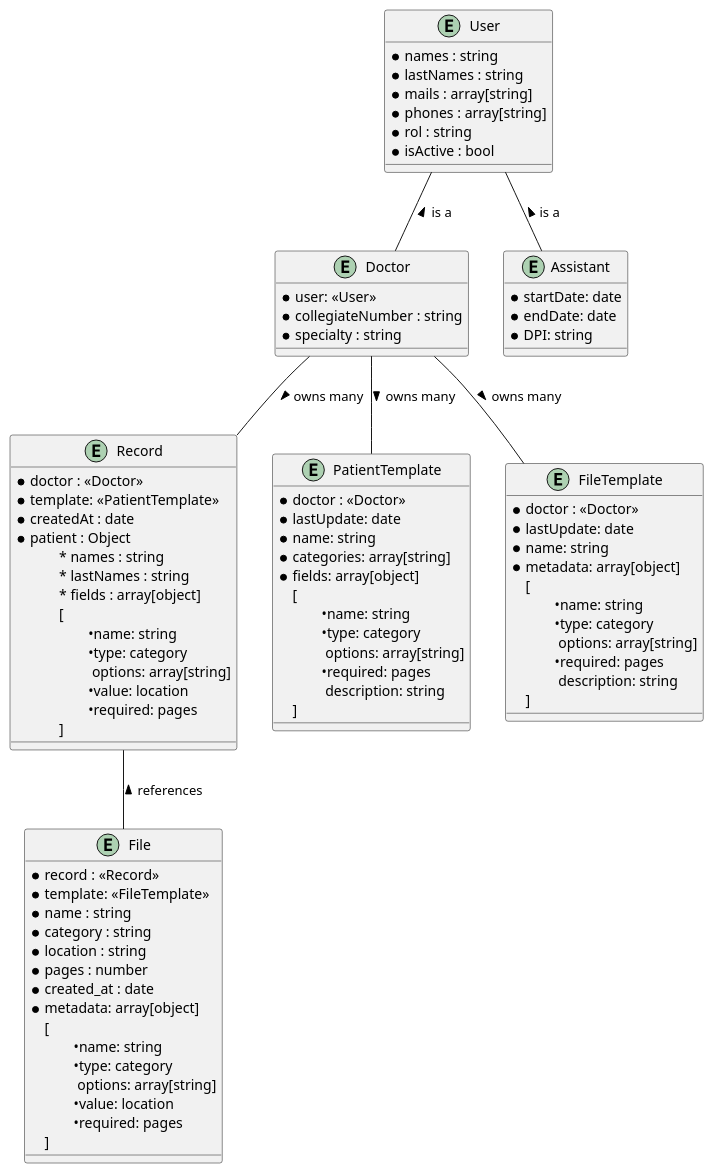
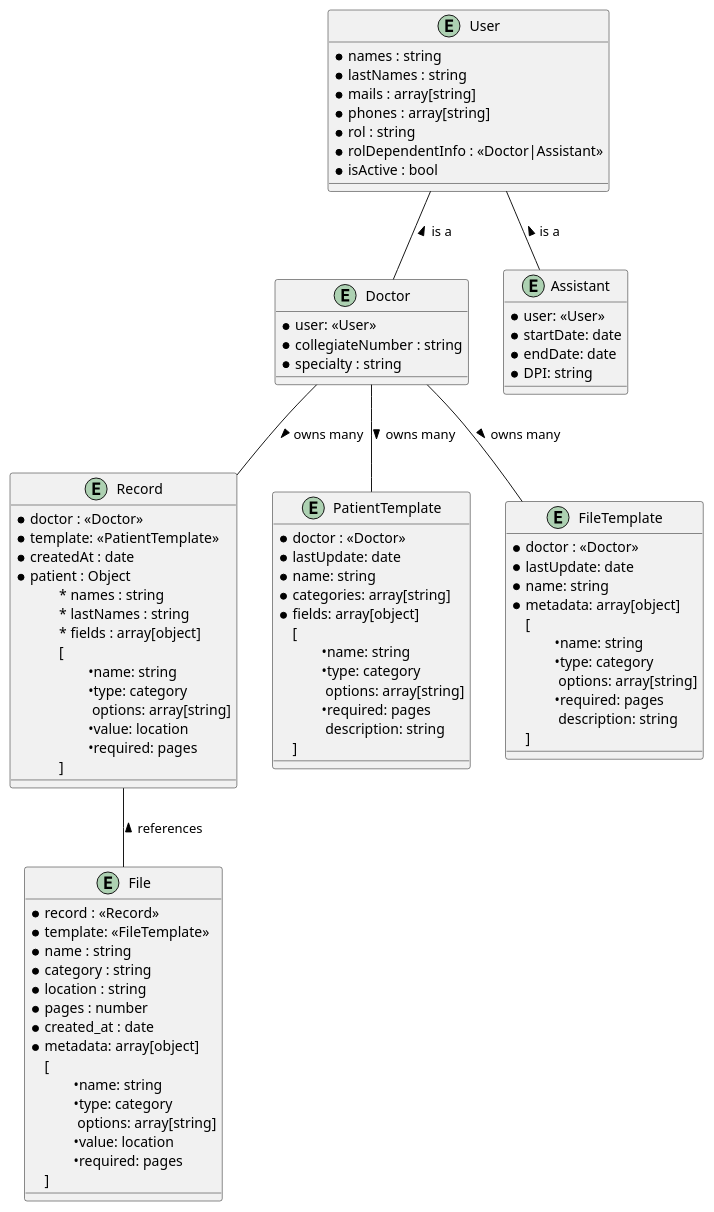
The diagram in Diagram/DB_Diagram.plantuml (TherapistTrack/TherapistTrack-DB), drawn with PlantUML before and after one commit. The commit also changed 3 other files, not shown here.

First line of the commit message:
feat: add rolDependentInfo attribute to user collection

```diff
--- a/Diagram/DB_Diagram.plantuml
+++ b/Diagram/DB_Diagram.plantuml
@@ -1,98 +1,100 @@
 @startuml entity
 
 entity User {
     * names : string
     * lastNames : string
     * mails : array[string]
     * phones : array[string]
     * rol : string
+    * rolDependentInfo : <<Doctor|Assistant>>
     * isActive : bool
 }
 
 entity Doctor {
     * user: <<User>>
     * collegiateNumber : string
     * specialty : string
 }
 
 entity Assistant {
+    * user: <<User>>
     * startDate: date
     * endDate: date
     * DPI: string
 }
 
 entity Record {
     * doctor : <<Doctor>>
     * template: <<PatientTemplate>> 
     * createdAt : date
     * patient : Object
     \t* names : string
     \t* lastNames : string
     \t* fields : array[object]
     \t[
         \t\t•name: string
         \t\t•type: category
         \t\t options: array[string]
         \t\t•value: location
         \t\t•required: pages
     \t]
     
 }
 
 entity PatientTemplate {
     * doctor : <<Doctor>>
     * lastUpdate: date
     * name: string
     * categories: array[string]
     * fields: array[object]
     [
         \t•name: string
         \t•type: category
         \t options: array[string]
         \t•required: pages
         \t description: string
     ]
 }
 
 entity FileTemplate {
     * doctor : <<Doctor>>
     * lastUpdate: date
     * name: string
     * metadata: array[object]
     [
         \t•name: string
         \t•type: category
         \t options: array[string]
         \t•required: pages
         \t description: string
     ]
 }
 
 entity File {
     * record : <<Record>>
     * template: <<FileTemplate>> 
     * name : string
     * category : string
     * location : string
     * pages : number
     * created_at : date
     * metadata: array[object]
     [
         \t•name: string
         \t•type: category
         \t options: array[string]
         \t•value: location
         \t•required: pages
     ]
 }
 
 User -d- Doctor : < is a
 User -d- Assistant : < is a
 
 Record -u- Doctor : < owns many
 Record -- File  : < references
 
 Doctor -- FileTemplate : > owns many 
 Doctor -- PatientTemplate : > owns many
 
 @enduml
```
